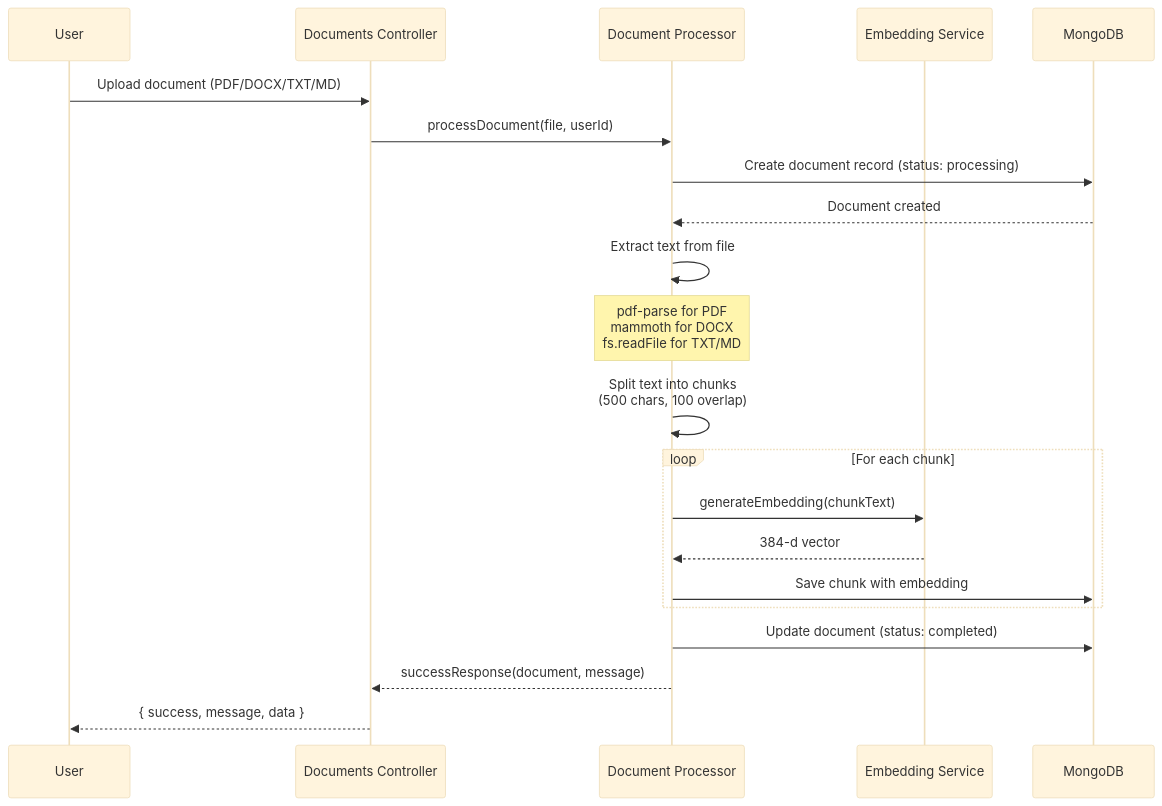
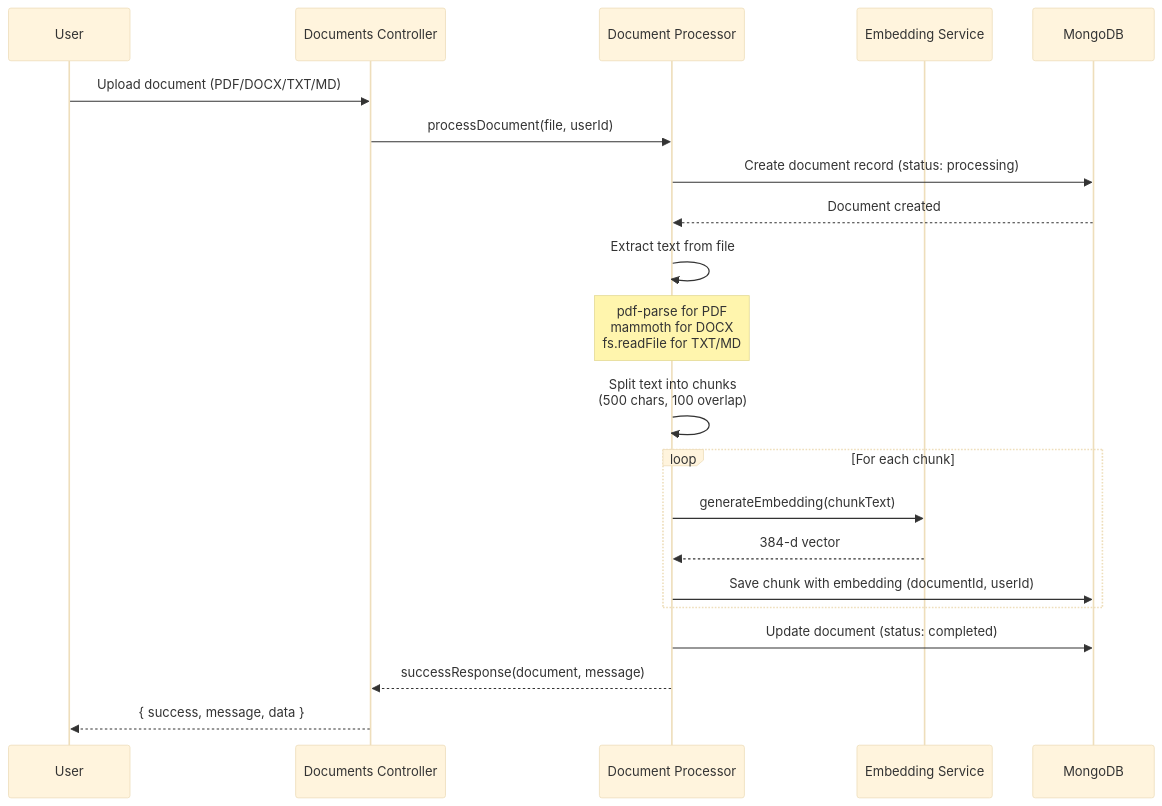
Before and after one commit to shahadathhs/rag: the second of 6 diagrams in docs/RAG_FLOW.md, drawn with Mermaid (base theme). The commit also changed other lines of this file and 2 other files, not shown here.

````diff
--- a/docs/RAG_FLOW.md
+++ b/docs/RAG_FLOW.md
@@ -62,29 +72,29 @@
 ```mermaid
 sequenceDiagram
     participant User
     participant API as Documents Controller
     participant DP as Document Processor
     participant ES as Embedding Service
     participant DB as MongoDB
 
     User->>API: Upload document (PDF/DOCX/TXT/MD)
     API->>DP: processDocument(file, userId)
 
     DP->>DB: Create document record (status: processing)
     DB-->>DP: Document created
 
     DP->>DP: Extract text from file
     Note over DP: pdf-parse for PDF<br/>mammoth for DOCX<br/>fs.readFile for TXT/MD
 
     DP->>DP: Split text into chunks<br/>(500 chars, 100 overlap)
 
     loop For each chunk
         DP->>ES: generateEmbedding(chunkText)
         ES-->>DP: 384-d vector
-        DP->>DB: Save chunk with embedding
+        DP->>DB: Save chunk with embedding (documentId, userId)
     end
 
     DP->>DB: Update document (status: completed)
     DP-->>API: successResponse(document, message)
     API-->>User: { success, message, data }
 ```
````
